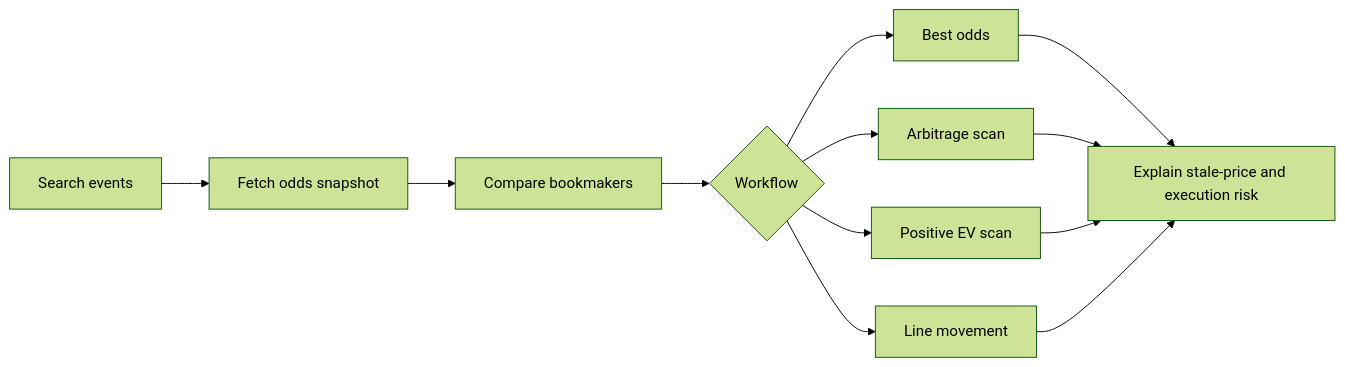
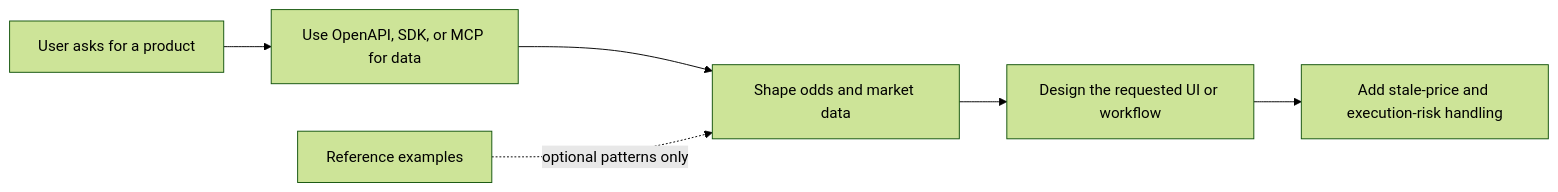
Before and after one commit to odds-api/odds-api: the diagram in README.md, drawn with Mermaid (forest theme). The commit also changed other lines of this file and 20 other files, not shown here.

````diff
--- a/README.md
+++ b/README.md
@@ -164,14 +183,8 @@
 ```mermaid
 flowchart LR
-  A["Search events"] --> B["Fetch odds snapshot"]
-  B --> C["Compare bookmakers"]
-  C --> D{"Workflow"}
-  D --> E["Best odds"]
-  D --> F["Arbitrage scan"]
-  D --> G["Positive EV scan"]
-  D --> H["Line movement"]
-  E --> I["Explain stale-price and execution risk"]
-  F --> I
-  G --> I
-  H --> I
+  A["User asks for a product"] --> B["Use OpenAPI, SDK, or MCP for data"]
+  B --> C["Shape odds and market data"]
+  C --> D["Design the requested UI or workflow"]
+  D --> E["Add stale-price and execution-risk handling"]
+  F["Reference examples"] -. "optional patterns only" .-> C
 ```
````
